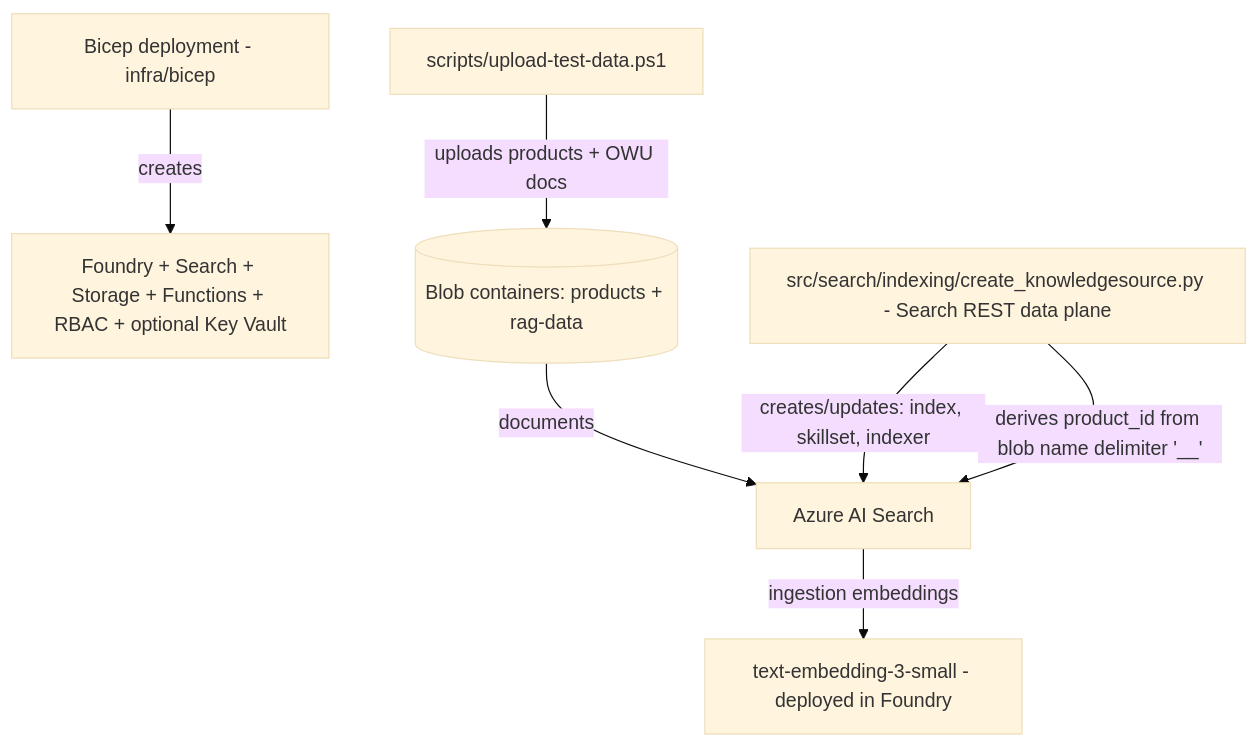
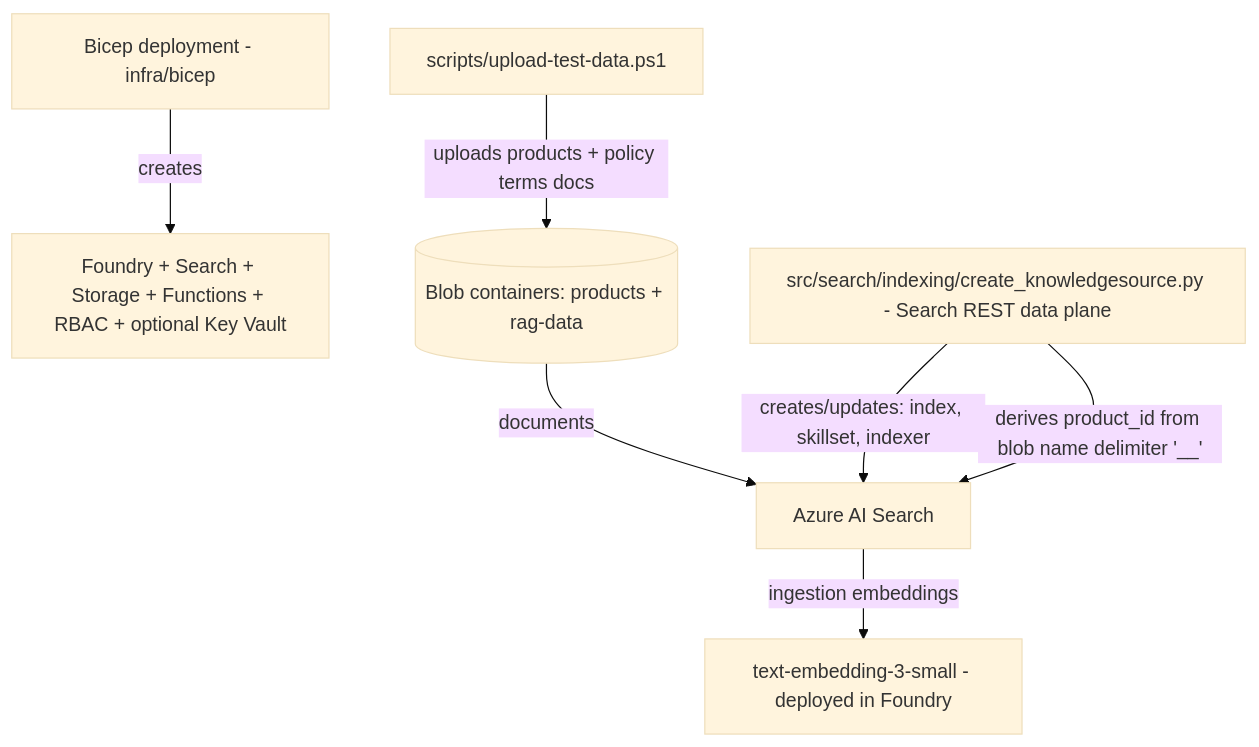
Before and after one commit to jacek-ai/azure-insurance-assistant: the second of 2 diagrams in README.md, drawn with Mermaid (base theme). The commit also changed other lines of this file, not shown here.

````diff
--- a/README.md
+++ b/README.md
@@ -125,12 +125,12 @@
 ```mermaid
 flowchart TB
 	DEP[Bicep deployment - infra/bicep] -->|creates| RES[Foundry + Search + Storage + Functions + RBAC + optional Key Vault]
 
-	UP[scripts/upload-test-data.ps1] -->|uploads products + OWU docs| SA[(Blob containers: products + rag-data)]
+	UP[scripts/upload-test-data.ps1] -->|uploads products + policy terms docs| SA[(Blob containers: products + rag-data)]
 
 	DP[src/search/indexing/create_knowledgesource.py - Search REST data plane] -->|creates/updates: index, skillset, indexer| SEARCH[Azure AI Search]
 
 	SA -->|documents| SEARCH
 	SEARCH -->|ingestion embeddings| EMB[text-embedding-3-small - deployed in Foundry]
 	DP -->|derives product_id from blob name delimiter '__'| SEARCH
 ```
````
